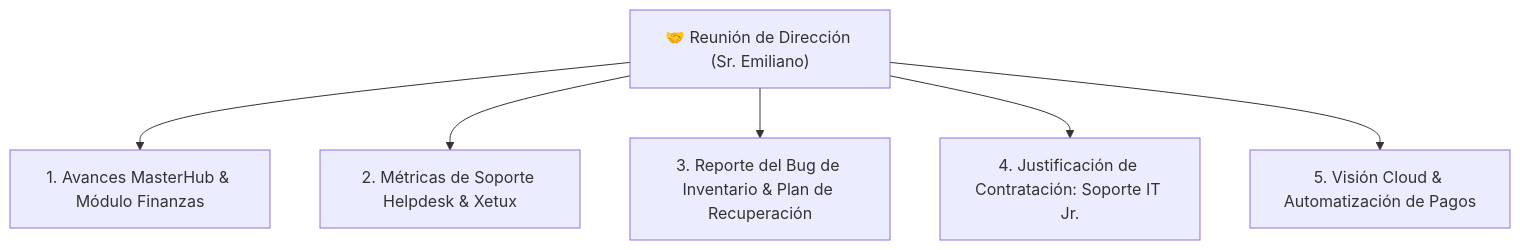
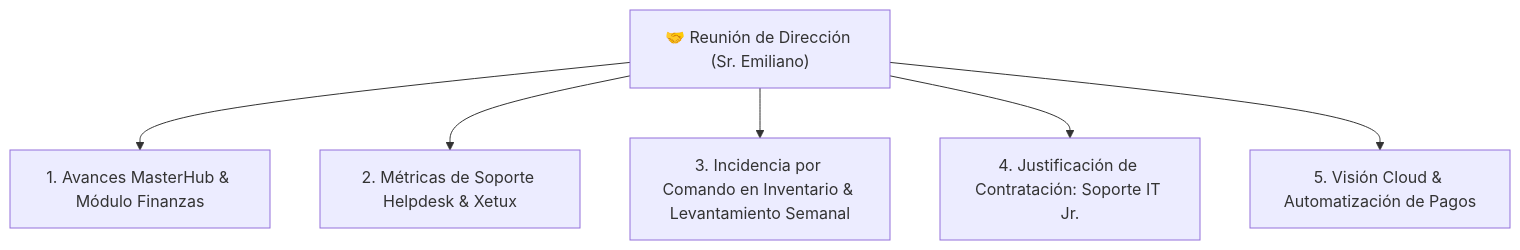
Before and after one commit to vmontoyasmtop/2brain-vmontoya: the diagram in wiki/trabajo/agenda-reunion-ejecutiva-emiliano.md, drawn with Mermaid. The commit also changed other lines of this file and 1 other file, not shown here.

````diff
--- a/wiki/trabajo/agenda-reunion-ejecutiva-emiliano.md
+++ b/wiki/trabajo/agenda-reunion-ejecutiva-emiliano.md
@@ -18,8 +18,8 @@
 ```mermaid
 flowchart TD
     A["🤝 Reunión de Dirección (Sr. Emiliano)"] --> B1["1. Avances MasterHub & Módulo Finanzas"]
     A --> B2["2. Métricas de Soporte Helpdesk & Xetux"]
-    A --> B3["3. Reporte del Bug de Inventario & Plan de Recuperación"]
+    A --> B3["3. Incidencia por Comando en Inventario & Levantamiento Semanal"]
     A --> B4["4. Justificación de Contratación: Soporte IT Jr."]
     A --> B5["5. Visión Cloud & Automatización de Pagos"]
 ```
````
